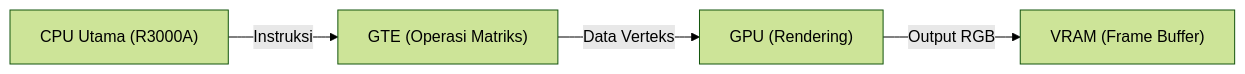
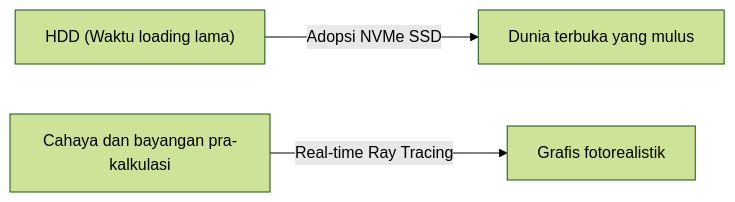
Before and after one commit to kenjinote/blog: the second of 2 diagrams in content/post/history-of-video-game-consoles/index.id.md, drawn with Mermaid (forest theme). The commit also changed other lines of this file and 129 other files, not shown here.

````diff
--- a/content/post/history-of-video-game-consoles/index.id.md
+++ b/content/post/history-of-video-game-consoles/index.id.md
@@ -79,6 +61,5 @@
 ```mermaid
 graph LR
-    CPU["CPU Utama (R3000A)"] -- "Instruksi" --> GTE["GTE (Operasi Matriks)"]
-    GTE -- "Data Verteks" --> GPU["GPU (Rendering)"]
-    GPU -- "Output RGB" --> VRAM["VRAM (Frame Buffer)"]
+  A["HDD (Waktu loading lama)"] -- "Adopsi NVMe SSD" --> B["Dunia terbuka yang mulus"]
+  C["Cahaya dan bayangan pra-kalkulasi"] -- "Real-time Ray Tracing" --> D["Grafis fotorealistik"]
 ```
````
